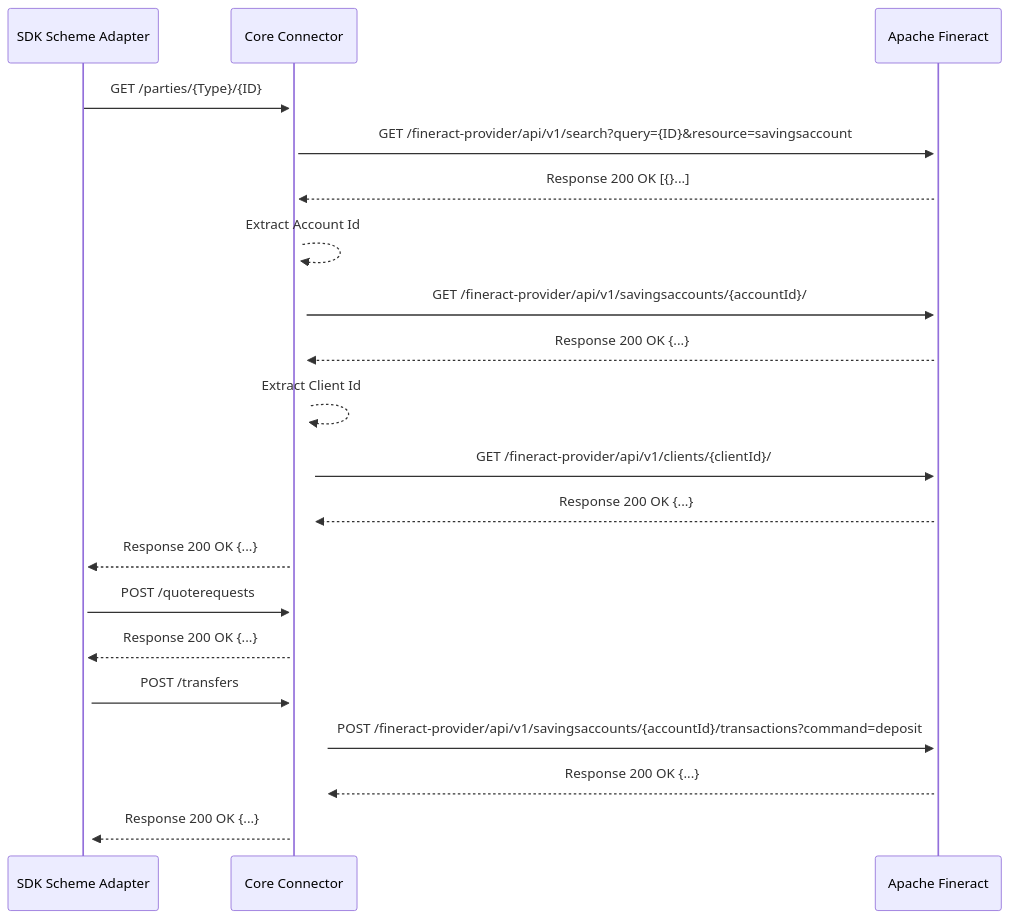
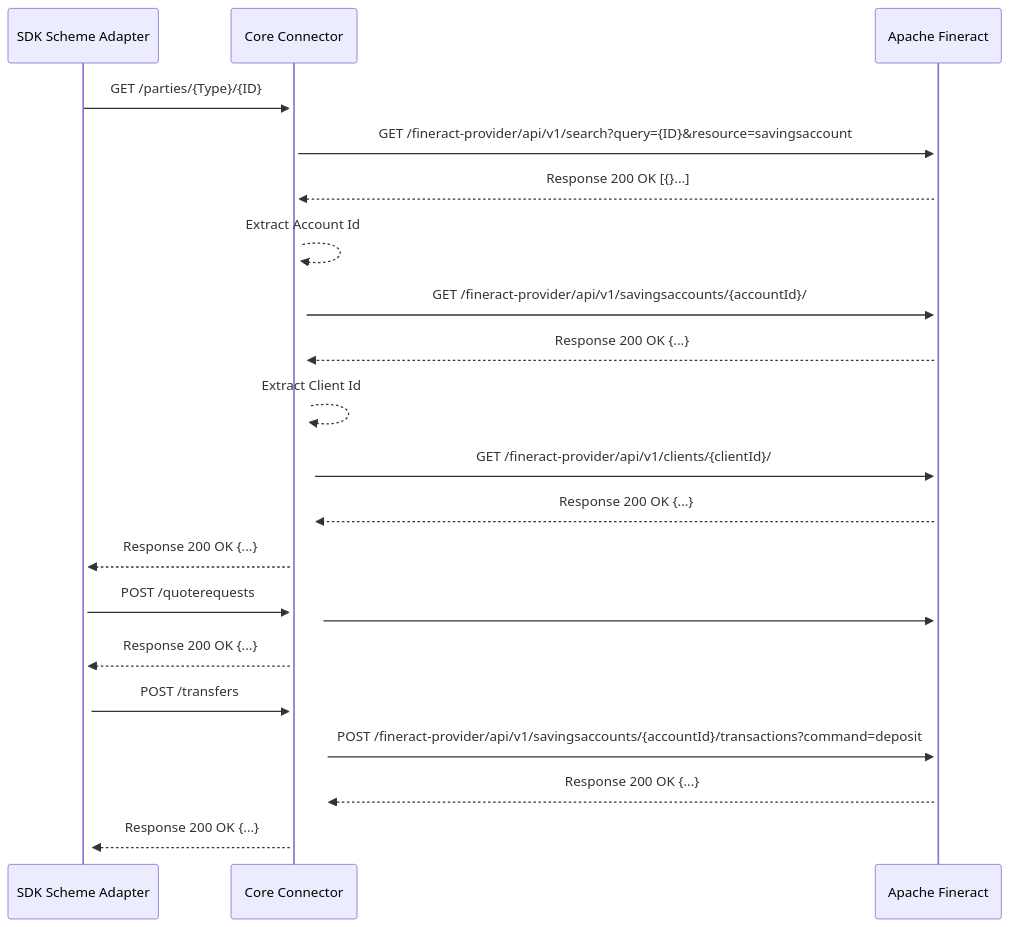
One commit to mojaloop/mifos-core-connector-docs changed the diagram in README.md. Above: the diagram before and after it, drawn with Mermaid. The commit also changed other lines of this file, not shown here.

````diff
--- a/README.md
+++ b/README.md
@@ -75,20 +77,21 @@
 ```mermaid
 sequenceDiagram
     SDK Scheme Adapter->>+Core Connector: GET /parties/{Type}/{ID}
     Core Connector->>+Apache Fineract: GET /fineract-provider/api/v1/search?query={ID}&resource=savingsaccount
     Apache Fineract-->>+Core Connector: Response 200 OK [{}...]
     Core Connector-->>+Core Connector: Extract Account Id
     Core Connector->>+Apache Fineract: GET /fineract-provider/api/v1/savingsaccounts/{accountId}/
     Apache Fineract-->>+Core Connector: Response 200 OK {...}
     Core Connector-->>+Core Connector: Extract Client Id
     Core Connector->>+Apache Fineract: GET /fineract-provider/api/v1/clients/{clientId}/
     Apache Fineract-->>+Core Connector: Response 200 OK {...}
     Core Connector-->>+SDK Scheme Adapter: Response 200 OK {...}
     SDK Scheme Adapter->>+Core Connector: POST /quoterequests
+    Core Connector->>+Apache Fineract: 
     Core Connector-->>+SDK Scheme Adapter: Response 200 OK {...}
     SDK Scheme Adapter->>+Core Connector: POST /transfers
     Core Connector->>+Apache Fineract: POST /fineract-provider/api/v1/savingsaccounts/{accountId}/transactions?command=deposit
     Apache Fineract-->>+Core Connector: Response 200 OK {...}
     Core Connector-->>+SDK Scheme Adapter: Response 200 OK {...}
 
 ```
````
